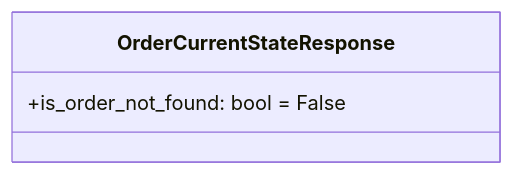
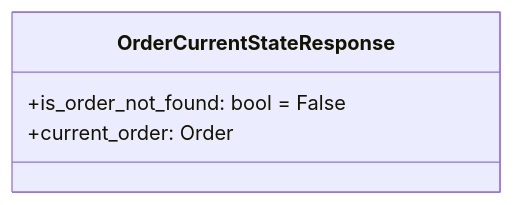
The fifth of 15 diagrams in packages/financial-assets/financial_assets/response/Architecture.md (gatesplan/python-toolbox), drawn with Mermaid before and after one commit. The commit also changed other lines of this file and 1 other file, not shown here.

````diff
--- a/packages/financial-assets/financial_assets/response/Architecture.md
+++ b/packages/financial-assets/financial_assets/response/Architecture.md
@@ -225,6 +223,7 @@
 ```mermaid
 classDiagram
     class OrderCurrentStateResponse {
         +is_order_not_found: bool = False
+        +current_order: Order
     }
 ```
````
